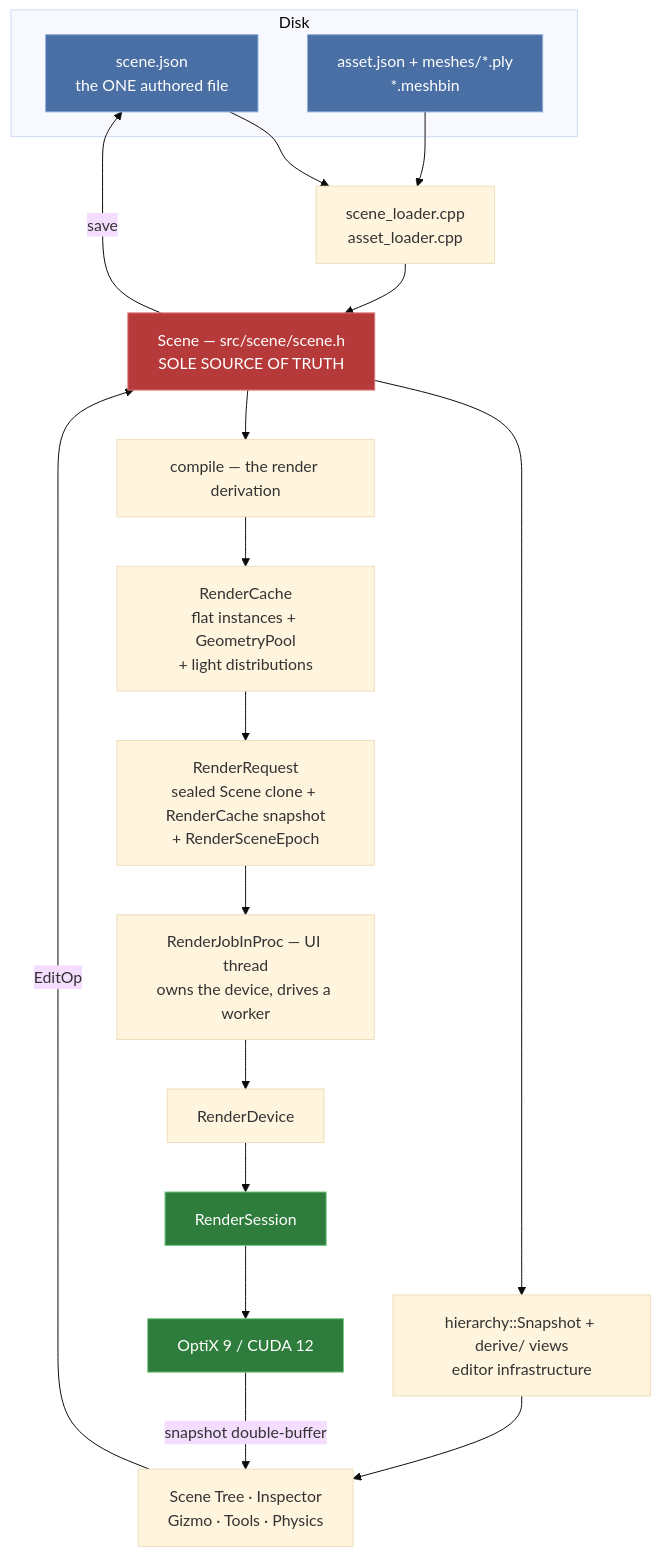
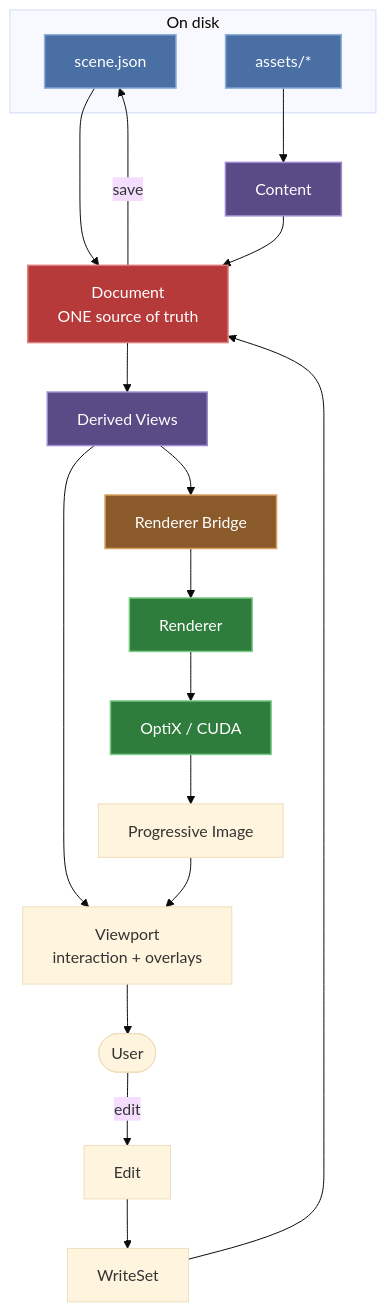
One commit to nicolasgfx/Portfolio changed the first of 12 diagrams in README.md. Above: the diagram before and after it, drawn with Mermaid (base theme). The commit also changed other lines of this file and 2 other files, not shown here.

````diff
--- a/README.md
+++ b/README.md
@@ -231,33 +241,37 @@
 ```mermaid
 flowchart TD
-  subgraph DISK["Disk"]
-    SJ["scene.json<br/>the ONE authored file"]
-    AJ["asset.json + meshes/*.ply<br/>*.meshbin"]
-  end
+    subgraph DISK["On disk"]
+        SceneFile["scene.json"]
+        Assets["assets/*"]
+    end
 
-  SJ --> LOAD["scene_loader.cpp<br/>asset_loader.cpp"]
-  AJ --> LOAD
-  LOAD --> SCENE["Scene — src/scene/scene.h<br/>SOLE SOURCE OF TRUTH"]
+    SceneFile --> Document["Document<br/>ONE source of truth"]
+    Assets --> Content["Content"]
+    Content --> Document
 
-  SCENE --> HIER["hierarchy::Snapshot + derive/ views<br/>editor infrastructure"]
-  SCENE --> COMPILE["compile — the render derivation"]
+    Document --> Views["Derived Views"]
+    Views --> Viewport["Viewport<br/>interaction + overlays"]
+    Views --> Bridge["Renderer Bridge"]
 
-  HIER --> UI["Scene Tree · Inspector<br/>Gizmo · Tools · Physics"]
-  COMPILE --> RC["RenderCache<br/>flat instances + GeometryPool<br/>+ light distributions"]
+    Bridge --> Renderer["Renderer"]
+    Renderer --> GPU["OptiX / CUDA"]
+    GPU --> Image["Progressive Image"]
+    Image --> Viewport
 
-  UI -->|"EditOp"| SCENE
-  RC --> REQ["RenderRequest<br/>sealed Scene clone + RenderCache snapshot<br/>+ RenderSceneEpoch"]
-  REQ --> JOB["RenderJobInProc — UI thread<br/>owns the device, drives a worker"]
-  JOB --> DEV["RenderDevice"]
-  DEV --> SESS["RenderSession"]
-  SESS --> GPU["OptiX 9 / CUDA 12"]
-  GPU -->|"snapshot double-buffer"| UI
-  SCENE -->|"save"| SJ
+    Viewport --> User(["User"])
+    User -->|"edit"| Edit["Edit"]
+    Edit --> WriteSet["WriteSet"]
+    WriteSet --> Document
+    Document -->|"save"| SceneFile
 
-  classDef disk fill:#4a6fa5,stroke:#8fb0d8,color:#fff
-  classDef truth fill:#b73a3a,stroke:#e07a7a,color:#fff
-  classDef gpu fill:#2f7d3c,stroke:#7acb85,color:#fff
-  class SJ,AJ disk
-  class SCENE truth
-  class SESS,GPU gpu
+    classDef disk fill:#4a6fa5,stroke:#8fb0d8,stroke-width:1.5px,color:#fff
+    classDef truth fill:#b73a3a,stroke:#e07a7a,stroke-width:1.5px,color:#fff
+    classDef view fill:#5a4a86,stroke:#9d8ad0,stroke-width:1.5px,color:#fff
+    classDef bridge fill:#8a5a2b,stroke:#d8a05a,stroke-width:1.5px,color:#fff
+    classDef gpu fill:#2f7d3c,stroke:#7acb85,stroke-width:1.5px,color:#fff
+    class SceneFile,Assets disk
+    class Document truth
+    class Views,Content view
+    class Bridge bridge
+    class Renderer,GPU gpu
 ```
````
